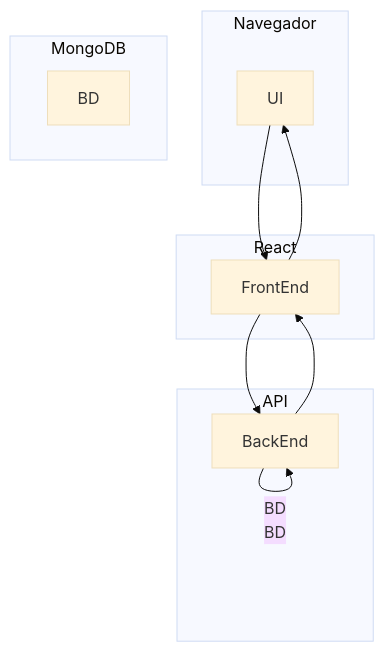
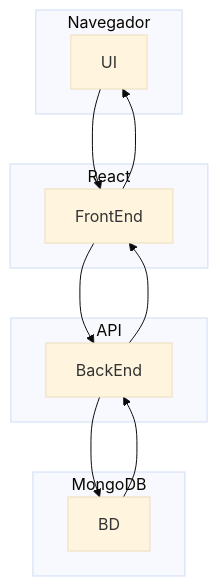
One commit to MiguelMPicinin/CursoFrontEnd changed the diagram in README.md. Above: the diagram before and after it, drawn with Mermaid (base theme).

Commit message:
05/09/25

````diff
--- a/README.md
+++ b/README.md
@@ -6,29 +6,29 @@
 ```mermaid
 graph TD
     subgraph Cliente["Navegador"]
         UI
     end
 
     subgraph Front["React"]
         FrontEnd
     end
 
     subgraph Back["API"]
         BackEnd
-        
+
     end
     
     subgraph Banco["MongoDB"]
         BD
     end
 
     %% fluxo
 
     UI-->FrontEnd
     FrontEnd-->BackEnd
-    BackEnd--BD
+    BackEnd-->BD
     BD-->BackEnd
     BackEnd-->FrontEnd
     FrontEnd-->UI
 
 ```
````
